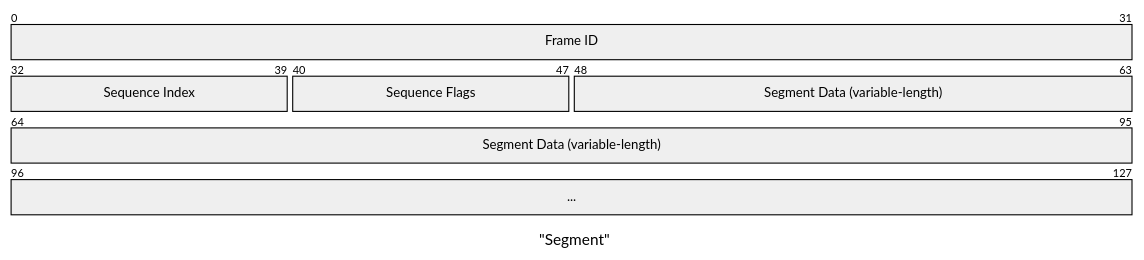
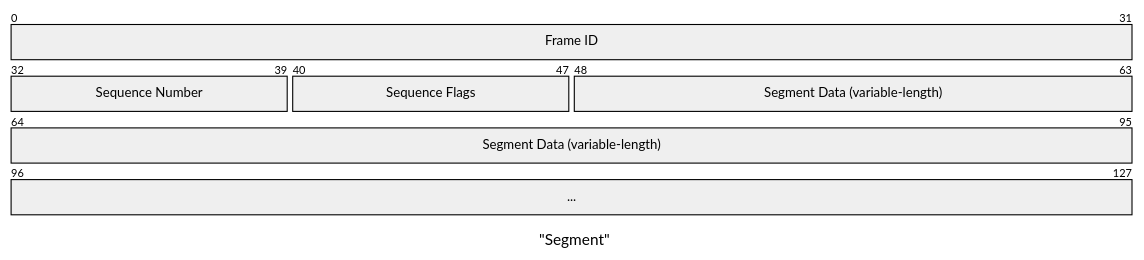
One commit to hoprnet/rfc changed the second of 11 diagrams in rfcs/RFC-0007-session-protocol/0007-session-protocol.md. Above: the diagram before and after it, drawn with Mermaid. The commit also changed other lines of this file, not shown here.

Commit message:
fix(md): Clarify segment sequence flags

````diff
--- a/rfcs/RFC-0007-session-protocol/0007-session-protocol.md
+++ b/rfcs/RFC-0007-session-protocol/0007-session-protocol.md
@@ -104,9 +104,9 @@
 ```mermaid
 packet
 title "Segment"
 +32: "Frame ID"
-+8: "Sequence Index"
++8: "Sequence Number"
 +8: "Sequence Flags"
 +48: "Segment Data (variable-length)"
 +32: "..."
 ```
````
